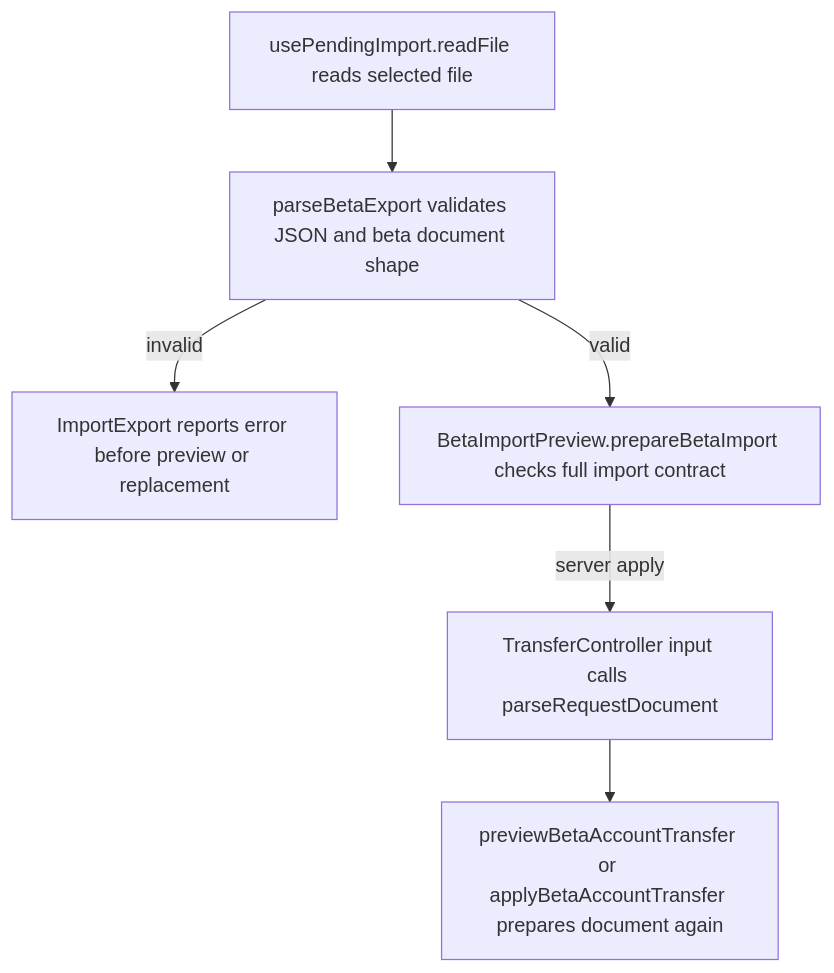
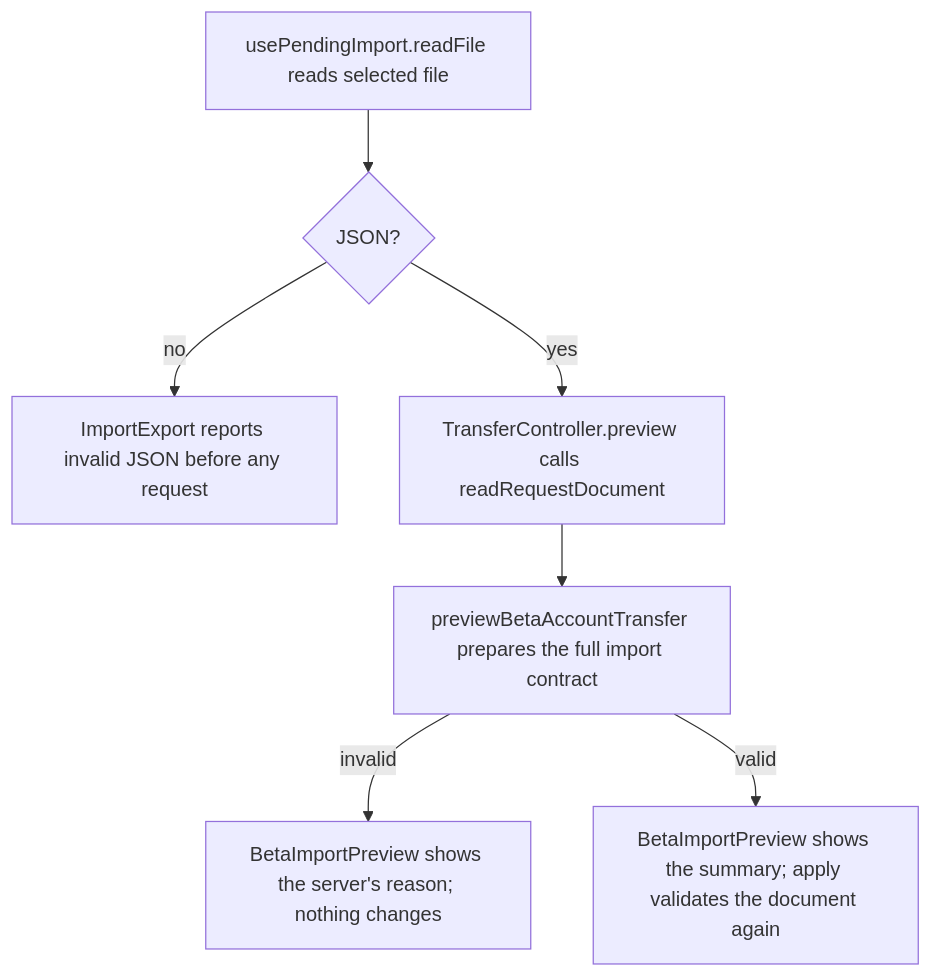
One commit to Kevinjohn/capacitylens changed the second of 2 diagrams in user-stories/data/US-DAT-04-reject-non-capacitylens.md. Above: the diagram before and after it, drawn with Mermaid. The commit also changed 19 other files, not shown here.

First line of the commit message:
Let the server be the only parser and validator of an import file

````diff
--- a/user-stories/data/US-DAT-04-reject-non-capacitylens.md
+++ b/user-stories/data/US-DAT-04-reject-non-capacitylens.md
@@ -27,8 +27,9 @@
 ```mermaid
 flowchart TD
-  file["usePendingImport.readFile reads selected file"] --> parser["parseBetaExport validates JSON and beta document shape"]
-  parser -->|"invalid"| notice["ImportExport reports error before preview or replacement"]
-  parser -->|"valid"| preview["BetaImportPreview.prepareBetaImport checks full import contract"]
-  preview -->|"server apply"| request["TransferController input calls parseRequestDocument"]
-  request --> validate["previewBetaAccountTransfer or applyBetaAccountTransfer prepares document again"]
+  file["usePendingImport.readFile reads selected file"] --> json{"JSON?"}
+  json -->|"no"| notice["ImportExport reports invalid JSON before any request"]
+  json -->|"yes"| request["TransferController.preview calls readRequestDocument"]
+  request --> validate["previewBetaAccountTransfer prepares the full import contract"]
+  validate -->|"invalid"| refused["BetaImportPreview shows the server's reason; nothing changes"]
+  validate -->|"valid"| preview["BetaImportPreview shows the summary; apply validates the document again"]
 ```
````
